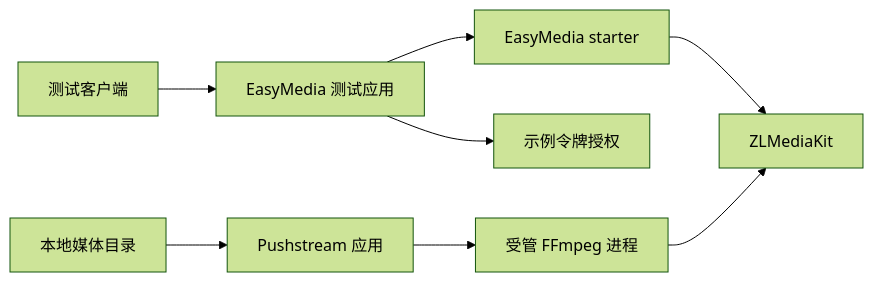
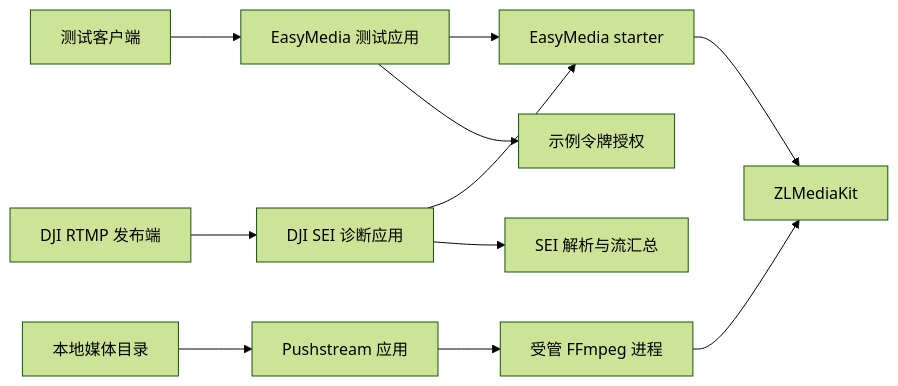
One commit to Secret799/simple-secret changed the diagram in simple-secret-application/README.md. Above: the diagram before and after it, drawn with Mermaid (forest theme). The commit also changed other lines of this file and 10 other files, not shown here.

Commit message:
feat(application): 添加 DJI RTMP SEI 测试程序

````diff
--- a/simple-secret-application/README.md
+++ b/simple-secret-application/README.md
@@ -12,10 +13,13 @@
 ```mermaid
 flowchart LR
     CLIENT["测试客户端"] --> APP["EasyMedia 测试应用"]
     APP --> STARTER["EasyMedia starter"]
     STARTER --> ZLM["ZLMediaKit"]
     APP --> AUTH["示例令牌授权"]
     FILES["本地媒体目录"] --> PUSH["Pushstream 应用"]
     PUSH --> FFMPEG["受管 FFmpeg 进程"]
     FFMPEG --> ZLM
+    DJI["DJI RTMP 发布端"] --> DJISEI["DJI SEI 诊断应用"]
+    DJISEI --> STARTER
+    DJISEI --> DIAG["SEI 解析与流汇总"]
 ```
````
